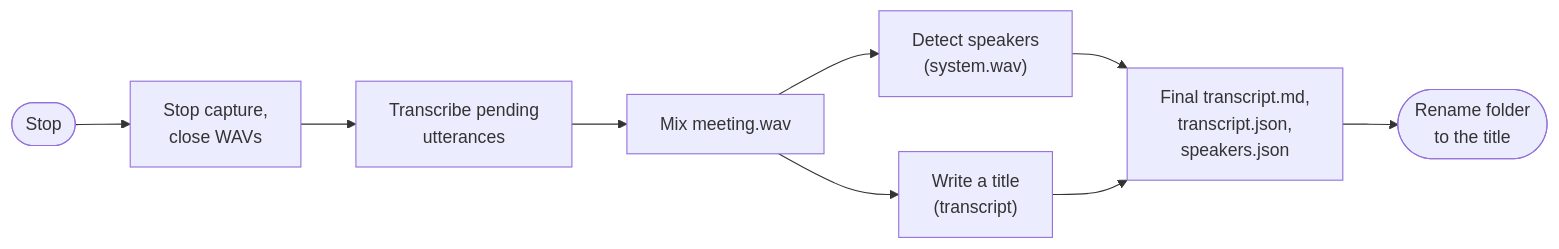
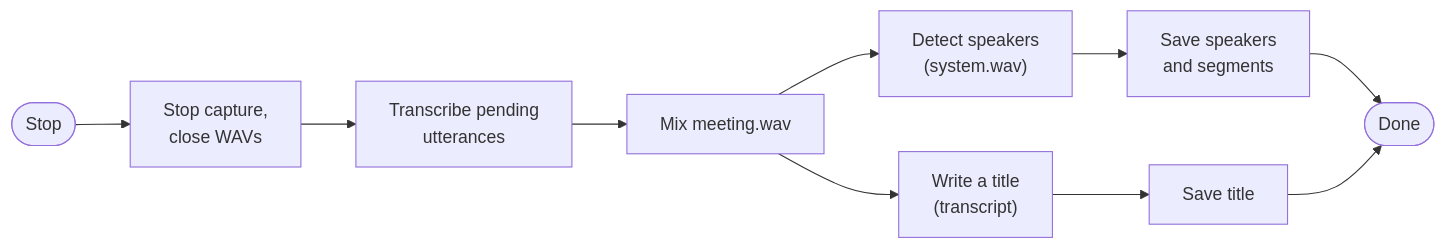
Before and after one commit to diegoquezadac/mel: the diagram in docs/after-the-meeting.md, drawn with Mermaid. The commit also changed other lines of this file and 21 other files, not shown here.

````diff
--- a/docs/after-the-meeting.md
+++ b/docs/after-the-meeting.md
@@ -5,11 +5,12 @@
 ```mermaid
 flowchart LR
     S(["Stop"]) --> A["Stop capture,<br/>close WAVs"]
     A --> B["Transcribe pending<br/>utterances"]
     B --> C["Mix meeting.wav"]
     C --> D["Detect speakers<br/>(system.wav)"]
     C --> E["Write a title<br/>(transcript)"]
-    D --> F["Final transcript.md,<br/>transcript.json,<br/>speakers.json"]
-    E --> F
-    F --> G(["Rename folder<br/>to the title"])
+    D --> F["Save speakers<br/>and segments"]
+    E --> G["Save title"]
+    F --> H(["Done"])
+    G --> H
 ```
````
